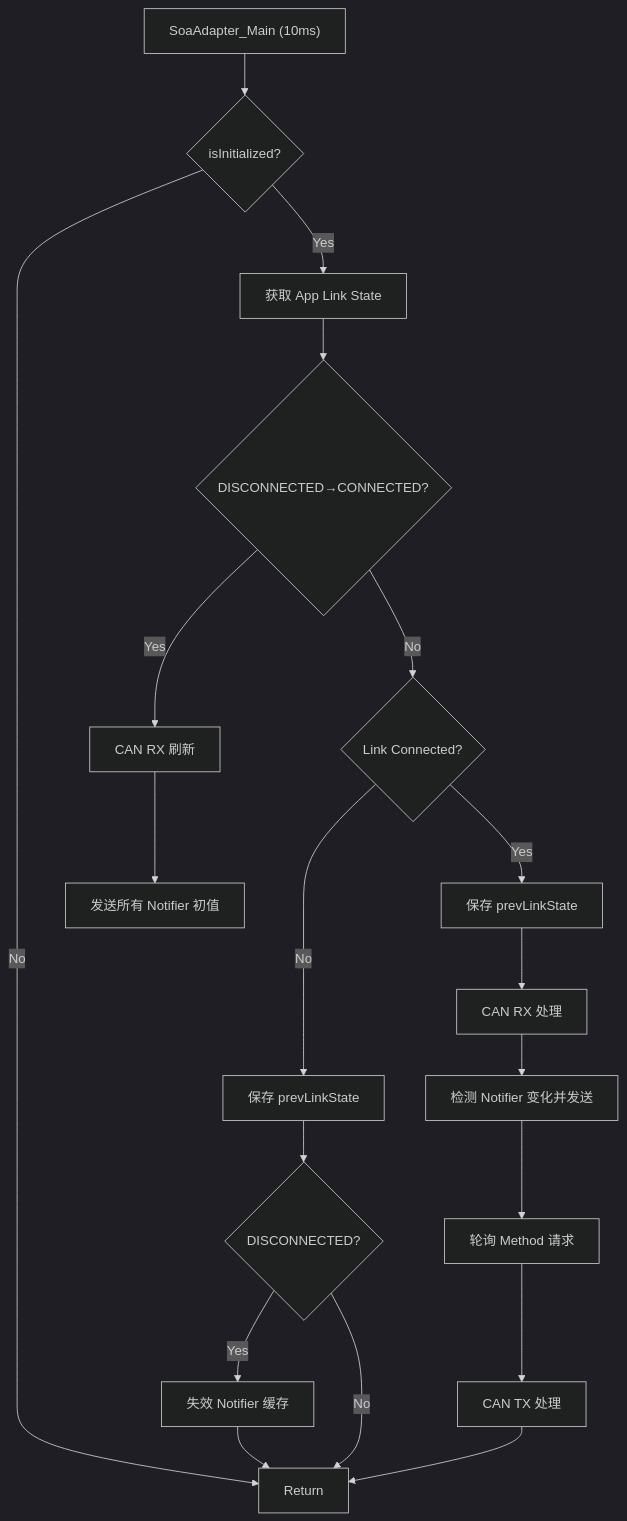
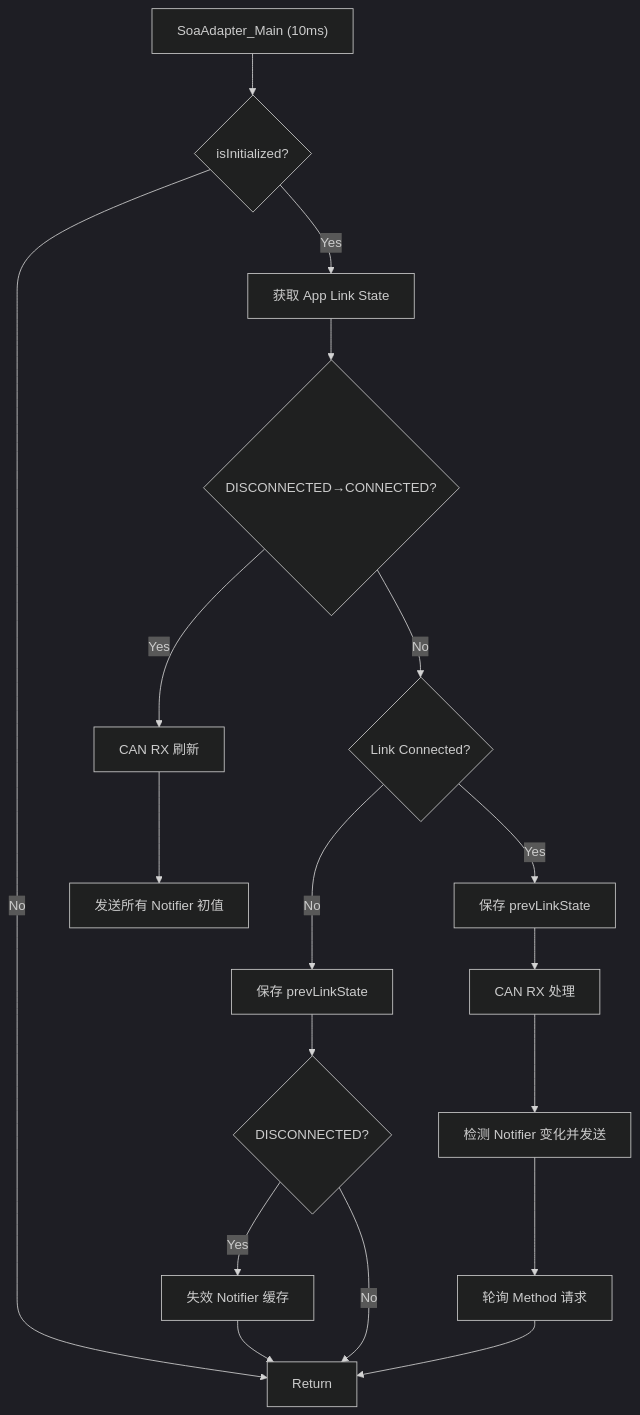
Before and after one commit to 361873098-dot/SDV_Project_SOA_CAN: the second of 3 diagrams in SWC/Soa_Adapter/SOA_Adapter_Design.md, drawn with Mermaid (dark theme). The commit also changed other lines of this file and 5 other files, not shown here.

````diff
--- a/SWC/Soa_Adapter/SOA_Adapter_Design.md
+++ b/SWC/Soa_Adapter/SOA_Adapter_Design.md
@@ -198,21 +198,20 @@
 ```mermaid
 flowchart TD
     A["SoaAdapter_Main (10ms)"] --> B{isInitialized?}
     B -- No --> Z[Return]
     B -- Yes --> C[获取 App Link State]
     C --> D{DISCONNECTED→CONNECTED?}
     D -- Yes --> E[CAN RX 刷新]
     E --> F[发送所有 Notifier 初值]
     D -- No --> G{Link Connected?}
     G -- No --> H[保存 prevLinkState]
     H --> I{DISCONNECTED?}
     I -- Yes --> J[失效 Notifier 缓存]
     I -- No --> Z
     J --> Z
     G -- Yes --> K[保存 prevLinkState]
     K --> L[CAN RX 处理]
     L --> M[检测 Notifier 变化并发送]
     M --> N[轮询 Method 请求]
-    N --> O[CAN TX 处理]
-    O --> Z
+    N --> Z
 ```
````
